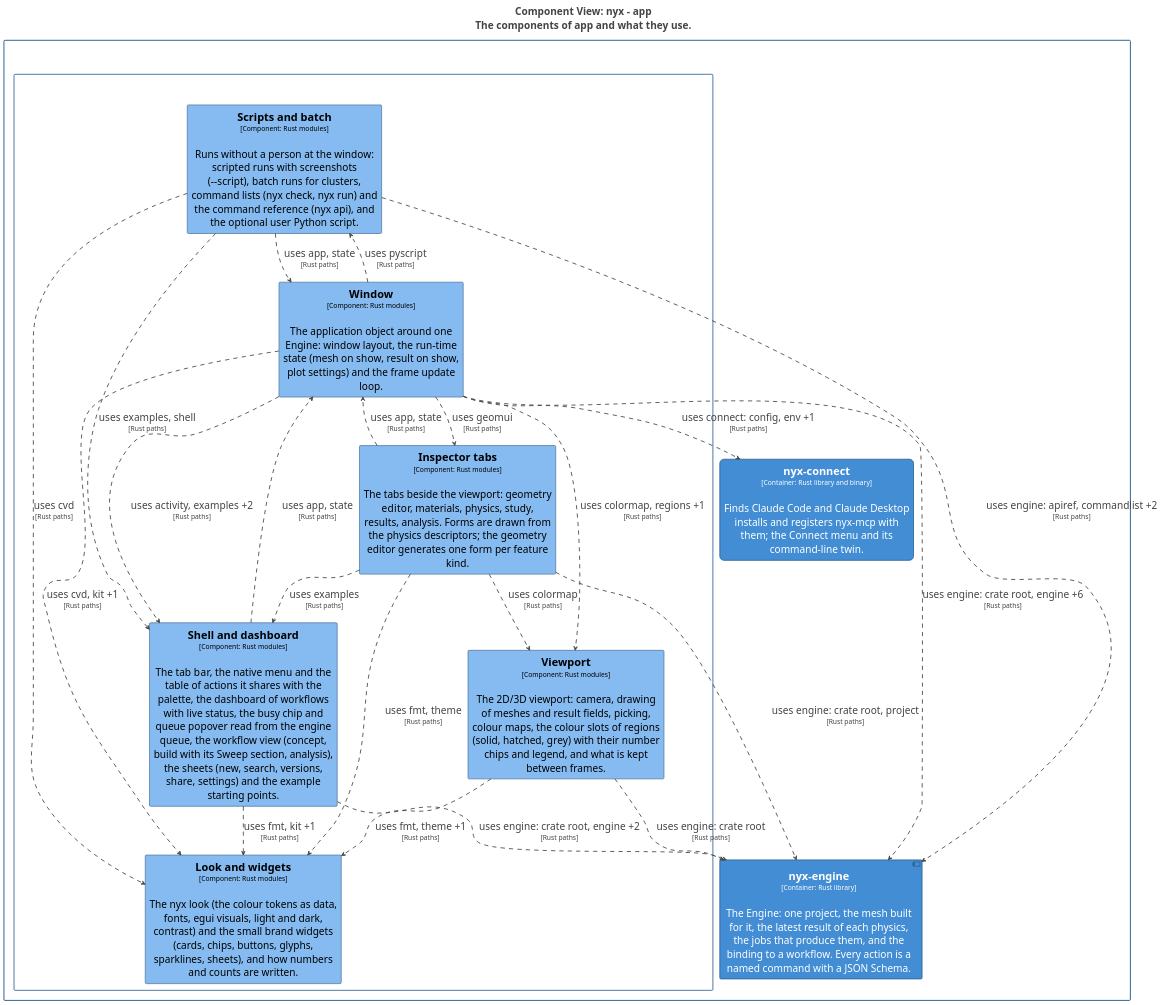
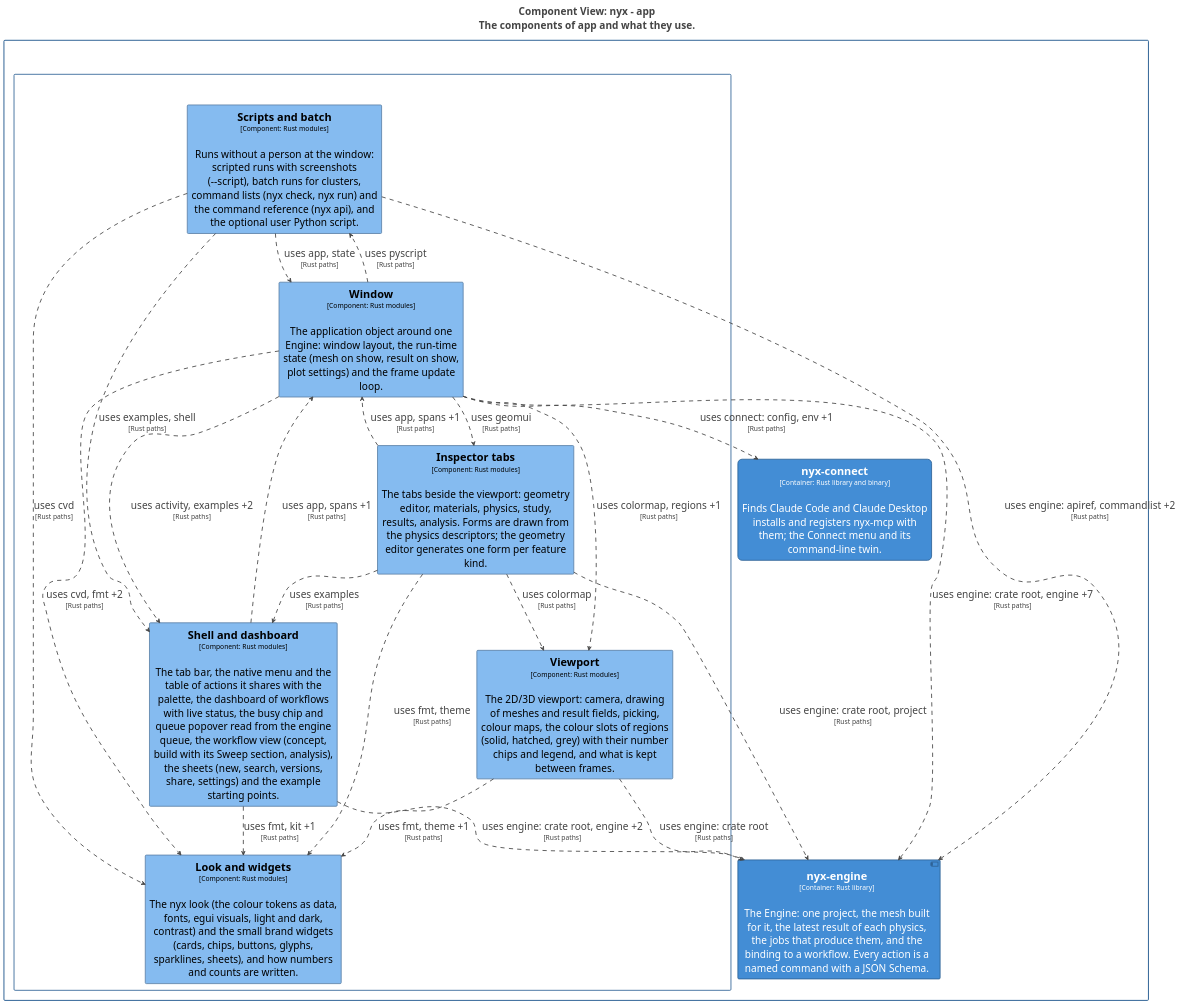
The diagram in docs/architecture/c4/export/plantuml/structurizr-Components_app.puml (p-j-r/nyx), drawn with PlantUML before and after one commit. The commit also changed 44 other files, not shown here.

```diff
--- a/docs/architecture/c4/export/plantuml/structurizr-Components_app.puml
+++ b/docs/architecture/c4/export/plantuml/structurizr-Components_app.puml
@@ -1,120 +1,120 @@
 @startuml
 title <size:24>Component View: nyx - app</size>\n<size:24>The components of app and what they use.</size>
 
 set separator none
 top to bottom direction
 skinparam ranksep 60
 skinparam nodesep 30
 hide stereotype
 
 <style>
   root {
     BackgroundColor: #ffffff;
     FontColor: #444444;
   }
   // Element,Component
   .Element-RWxlbWVudCxDb21wb25lbnQ= {
     BackgroundColor: #85bbf0;
     LineColor: #5d82a8;
     LineStyle: 0;
     LineThickness: 2;
     FontColor: #000000;
     FontSize: 24;
     HorizontalAlignment: center;
     Shadowing: 0;
     MaximumWidth: 450;
   }
   // Element,Container,Executable
   .Element-RWxlbWVudCxDb250YWluZXIsRXhlY3V0YWJsZQ== {
     BackgroundColor: #438dd5;
     LineColor: #2e6295;
     LineStyle: 0;
     LineThickness: 2;
     RoundCorner: 20;
     FontColor: #ffffff;
     FontSize: 24;
     HorizontalAlignment: center;
     Shadowing: 0;
     MaximumWidth: 450;
   }
   // Element,Container,Library
   .Element-RWxlbWVudCxDb250YWluZXIsTGlicmFyeQ== {
     BackgroundColor: #438dd5;
     LineColor: #2e6295;
     LineStyle: 0;
     LineThickness: 2;
     FontColor: #ffffff;
     FontSize: 24;
     HorizontalAlignment: center;
     Shadowing: 0;
     MaximumWidth: 450;
   }
   // Relationship
   .Relationship-UmVsYXRpb25zaGlw {
     LineThickness: 2;
     LineStyle: 10-10;
     LineColor: #444444;
     FontColor: #444444;
     FontSize: 24;
   }
   // app
   .Boundary-YXBw {
     BackgroundColor: #ffffff;
     LineColor: #2e6295;
     LineStyle: 0;
     LineThickness: 2;
     FontColor: #ffffff;
     FontSize: 24;
     HorizontalAlignment: center;
     Shadowing: 0;
   }
   // nyx
   .Boundary-bnl4 {
     BackgroundColor: #ffffff;
     LineColor: #0b4884;
     LineStyle: 0;
     LineThickness: 2;
     FontColor: #ffffff;
     FontSize: 24;
     HorizontalAlignment: center;
     Shadowing: 0;
   }
 </style>
 
 rectangle "nyx\n<size:16>[Software System]</size>" <<Boundary-bnl4>> {
   rectangle "app\n<size:16>[Container: Rust, eframe/egui]</size>" <<Boundary-YXBw>> {
     rectangle "==Viewport\n<size:16>[Component: Rust modules]</size>\n\nThe 2D/3D viewport: camera, drawing of meshes and result fields, picking, colour maps, the colour slots of regions (solid, hatched, grey) with their number chips and legend, and what is kept between frames." <<Element-RWxlbWVudCxDb21wb25lbnQ=>> as nyx.app.Viewport
     rectangle "==Look and widgets\n<size:16>[Component: Rust modules]</size>\n\nThe nyx look (the colour tokens as data, fonts, egui visuals, light and dark, contrast) and the small brand widgets (cards, chips, buttons, glyphs, sparklines, sheets), and how numbers and counts are written." <<Element-RWxlbWVudCxDb21wb25lbnQ=>> as nyx.app.Lookandwidgets
     rectangle "==Scripts and batch\n<size:16>[Component: Rust modules]</size>\n\nRuns without a person at the window: scripted runs with screenshots (--script), batch runs for clusters, command lists (nyx check, nyx run) and the command reference (nyx api), and the optional user Python script." <<Element-RWxlbWVudCxDb21wb25lbnQ=>> as nyx.app.Scriptsandbatch
     rectangle "==Window\n<size:16>[Component: Rust modules]</size>\n\nThe application object around one Engine: window layout, the run-time state (mesh on show, result on show, plot settings) and the frame update loop." <<Element-RWxlbWVudCxDb21wb25lbnQ=>> as nyx.app.Window
     rectangle "==Shell and dashboard\n<size:16>[Component: Rust modules]</size>\n\nThe tab bar, the native menu and the table of actions it shares with the palette, the dashboard of workflows with live status, the busy chip and queue popover read from the engine queue, the workflow view (concept, build with its Sweep section, analysis), the sheets (new, search, versions, share, settings) and the example starting points." <<Element-RWxlbWVudCxDb21wb25lbnQ=>> as nyx.app.Shellanddashboard
     rectangle "==Inspector tabs\n<size:16>[Component: Rust modules]</size>\n\nThe tabs beside the viewport: geometry editor, materials, physics, study, results, analysis. Forms are drawn from the physics descriptors; the geometry editor generates one form per feature kind." <<Element-RWxlbWVudCxDb21wb25lbnQ=>> as nyx.app.Inspectortabs
   }
 
   rectangle "==nyx-connect\n<size:16>[Container: Rust library and binary]</size>\n\nFinds Claude Code and Claude Desktop installs and registers nyx-mcp with them; the Connect menu and its command-line twin." <<Element-RWxlbWVudCxDb250YWluZXIsRXhlY3V0YWJsZQ==>> as nyx.nyxconnect
   component "==nyx-engine\n<size:16>[Container: Rust library]</size>\n\nThe Engine: one project, the mesh built for it, the latest result of each physics, the jobs that produce them, and the binding to a workflow. Every action is a named command with a JSON Schema." <<Element-RWxlbWVudCxDb250YWluZXIsTGlicmFyeQ==>> as nyx.nyxengine
 }
 
 nyx.app.Scriptsandbatch --> nyx.nyxengine <<Relationship-UmVsYXRpb25zaGlw>> : "uses engine: apiref, commandlist +2\n<size:16>[Rust paths]</size>"
 nyx.app.Scriptsandbatch --> nyx.app.Shellanddashboard <<Relationship-UmVsYXRpb25zaGlw>> : "uses examples, shell\n<size:16>[Rust paths]</size>"
 nyx.app.Scriptsandbatch --> nyx.app.Lookandwidgets <<Relationship-UmVsYXRpb25zaGlw>> : "uses cvd\n<size:16>[Rust paths]</size>"
 nyx.app.Scriptsandbatch --> nyx.app.Window <<Relationship-UmVsYXRpb25zaGlw>> : "uses app, state\n<size:16>[Rust paths]</size>"
 nyx.app.Inspectortabs --> nyx.nyxengine <<Relationship-UmVsYXRpb25zaGlw>> : "uses engine: crate root, project\n<size:16>[Rust paths]</size>"
 nyx.app.Inspectortabs --> nyx.app.Shellanddashboard <<Relationship-UmVsYXRpb25zaGlw>> : "uses examples\n<size:16>[Rust paths]</size>"
 nyx.app.Inspectortabs --> nyx.app.Lookandwidgets <<Relationship-UmVsYXRpb25zaGlw>> : "uses fmt, theme\n<size:16>[Rust paths]</size>"
 nyx.app.Inspectortabs --> nyx.app.Viewport <<Relationship-UmVsYXRpb25zaGlw>> : "uses colormap\n<size:16>[Rust paths]</size>"
-nyx.app.Inspectortabs --> nyx.app.Window <<Relationship-UmVsYXRpb25zaGlw>> : "uses app, state\n<size:16>[Rust paths]</size>"
+nyx.app.Inspectortabs --> nyx.app.Window <<Relationship-UmVsYXRpb25zaGlw>> : "uses app, spans +1\n<size:16>[Rust paths]</size>"
 nyx.app.Shellanddashboard --> nyx.nyxengine <<Relationship-UmVsYXRpb25zaGlw>> : "uses engine: crate root, engine +2\n<size:16>[Rust paths]</size>"
 nyx.app.Shellanddashboard --> nyx.app.Lookandwidgets <<Relationship-UmVsYXRpb25zaGlw>> : "uses fmt, kit +1\n<size:16>[Rust paths]</size>"
-nyx.app.Shellanddashboard --> nyx.app.Window <<Relationship-UmVsYXRpb25zaGlw>> : "uses app, state\n<size:16>[Rust paths]</size>"
+nyx.app.Shellanddashboard --> nyx.app.Window <<Relationship-UmVsYXRpb25zaGlw>> : "uses app, spans +1\n<size:16>[Rust paths]</size>"
 nyx.app.Viewport --> nyx.nyxengine <<Relationship-UmVsYXRpb25zaGlw>> : "uses engine: crate root\n<size:16>[Rust paths]</size>"
 nyx.app.Viewport --> nyx.app.Lookandwidgets <<Relationship-UmVsYXRpb25zaGlw>> : "uses fmt, theme +1\n<size:16>[Rust paths]</size>"
 nyx.app.Window --> nyx.nyxconnect <<Relationship-UmVsYXRpb25zaGlw>> : "uses connect: config, env +1\n<size:16>[Rust paths]</size>"
-nyx.app.Window --> nyx.nyxengine <<Relationship-UmVsYXRpb25zaGlw>> : "uses engine: crate root, engine +6\n<size:16>[Rust paths]</size>"
+nyx.app.Window --> nyx.nyxengine <<Relationship-UmVsYXRpb25zaGlw>> : "uses engine: crate root, engine +7\n<size:16>[Rust paths]</size>"
 nyx.app.Window --> nyx.app.Scriptsandbatch <<Relationship-UmVsYXRpb25zaGlw>> : "uses pyscript\n<size:16>[Rust paths]</size>"
 nyx.app.Window --> nyx.app.Inspectortabs <<Relationship-UmVsYXRpb25zaGlw>> : "uses geomui\n<size:16>[Rust paths]</size>"
 nyx.app.Window --> nyx.app.Shellanddashboard <<Relationship-UmVsYXRpb25zaGlw>> : "uses activity, examples +2\n<size:16>[Rust paths]</size>"
-nyx.app.Window --> nyx.app.Lookandwidgets <<Relationship-UmVsYXRpb25zaGlw>> : "uses cvd, kit +1\n<size:16>[Rust paths]</size>"
+nyx.app.Window --> nyx.app.Lookandwidgets <<Relationship-UmVsYXRpb25zaGlw>> : "uses cvd, fmt +2\n<size:16>[Rust paths]</size>"
 nyx.app.Window --> nyx.app.Viewport <<Relationship-UmVsYXRpb25zaGlw>> : "uses colormap, regions +1\n<size:16>[Rust paths]</size>"
 
 @enduml
```
